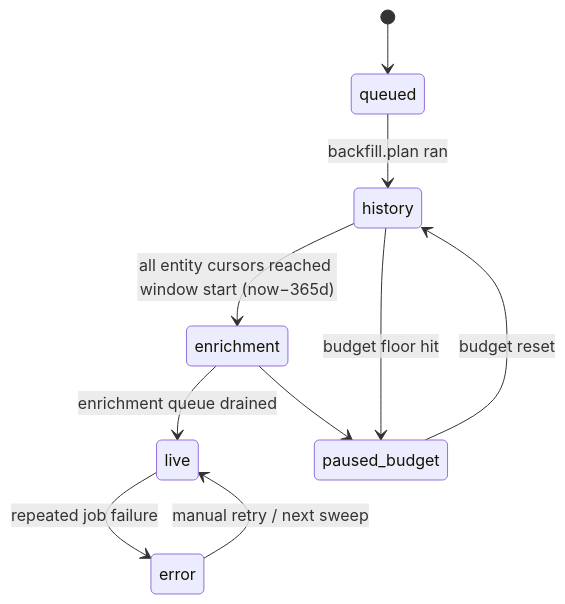
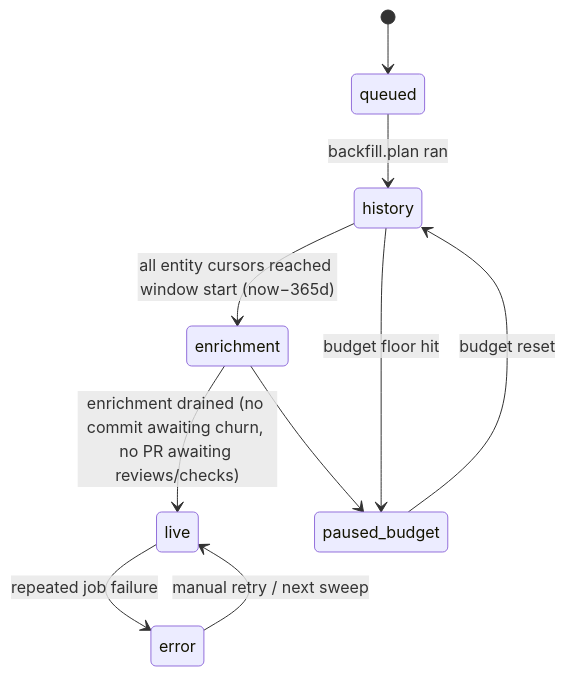
Before and after one commit to bpmforge/repopulse: the second of 2 diagrams in docs/design/INGESTION.md, drawn with Mermaid. The commit also changed other lines of this file and 14 other files, not shown here.

First line of the commit message:
feat(ingest): enrichment covers reviews + checks; un-hookable repos still backfill

````diff
--- a/docs/design/INGESTION.md
+++ b/docs/design/INGESTION.md
@@ -26,12 +26,12 @@
 ```mermaid
 stateDiagram-v2
   [*] --> queued
   queued --> history: backfill.plan ran
   history --> enrichment: all entity cursors reached window start (now−365d)
-  enrichment --> live: enrichment queue drained
+  enrichment --> live: enrichment drained (no commit awaiting churn, no PR awaiting reviews/checks)
   history --> paused_budget: budget floor hit
   enrichment --> paused_budget
   paused_budget --> history: budget reset
   live --> error: repeated job failure
   error --> live: manual retry / next sweep
 ```
````
